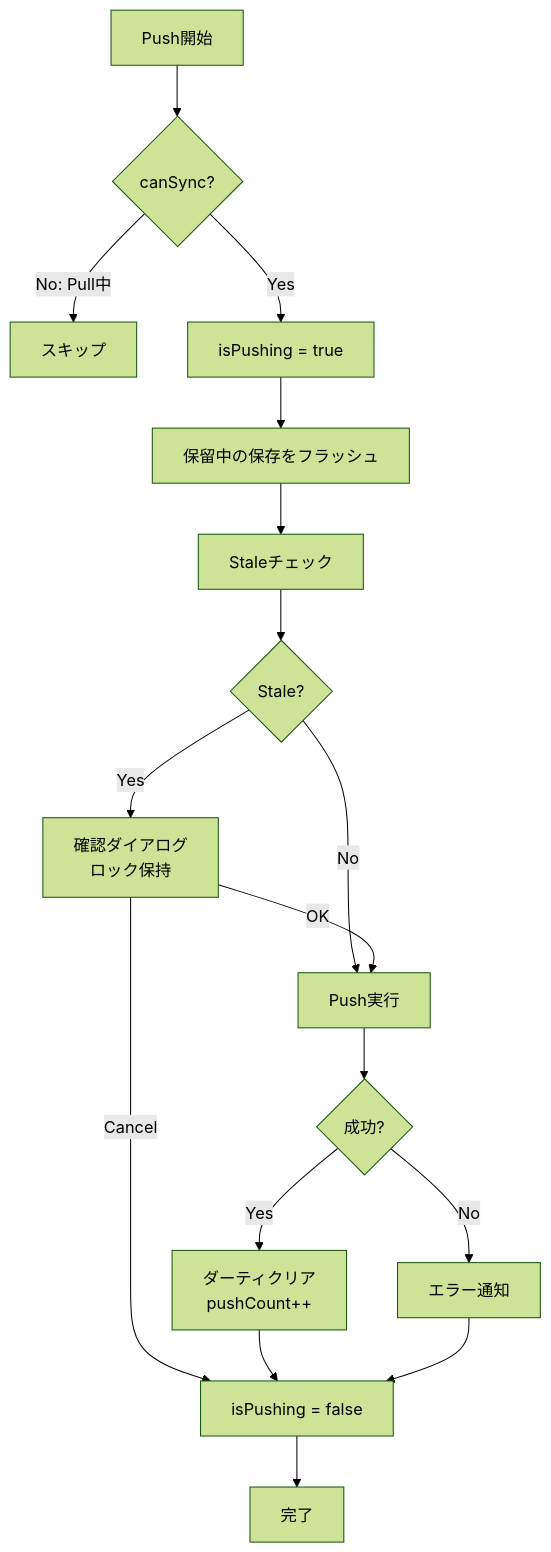
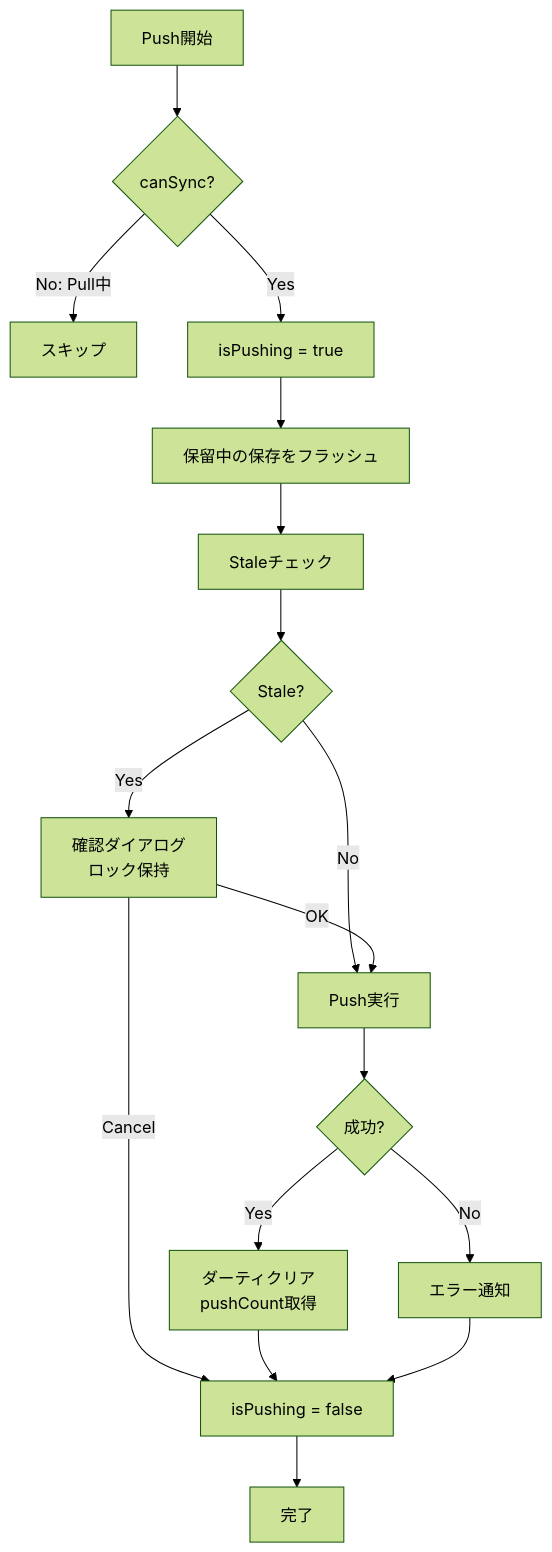
One commit to kako-jun/simplest-note-md changed the first of 3 diagrams in docs/development/sync/push-pull.md. Above: the diagram before and after it, drawn with Mermaid (forest theme). The commit also changed other lines of this file and 2 other files, not shown here.

First line of the commit message:
docs: pushCount更新の仕組みをドキュメントに反映

````diff
--- a/docs/development/sync/push-pull.md
+++ b/docs/development/sync/push-pull.md
@@ -48,19 +48,19 @@
 ```mermaid
 flowchart TD
     Start[Push開始] --> Check1{canSync?}
     Check1 -->|No: Pull中| End1[スキップ]
     Check1 -->|Yes| Lock[isPushing = true]
     Lock --> Flush[保留中の保存をフラッシュ]
     Flush --> Stale[Staleチェック]
     Stale --> Check2{Stale?}
     Check2 -->|Yes| Confirm[確認ダイアログ<br/>ロック保持]
     Check2 -->|No| Push
     Confirm -->|OK| Push[Push実行]
     Confirm -->|Cancel| Unlock
     Push --> Success{成功?}
-    Success -->|Yes| Clear[ダーティクリア<br/>pushCount++]
+    Success -->|Yes| Clear[ダーティクリア<br/>pushCount取得]
     Success -->|No| Notify[エラー通知]
     Clear --> Unlock[isPushing = false]
     Notify --> Unlock
     Unlock --> End2[完了]
 ```
````
